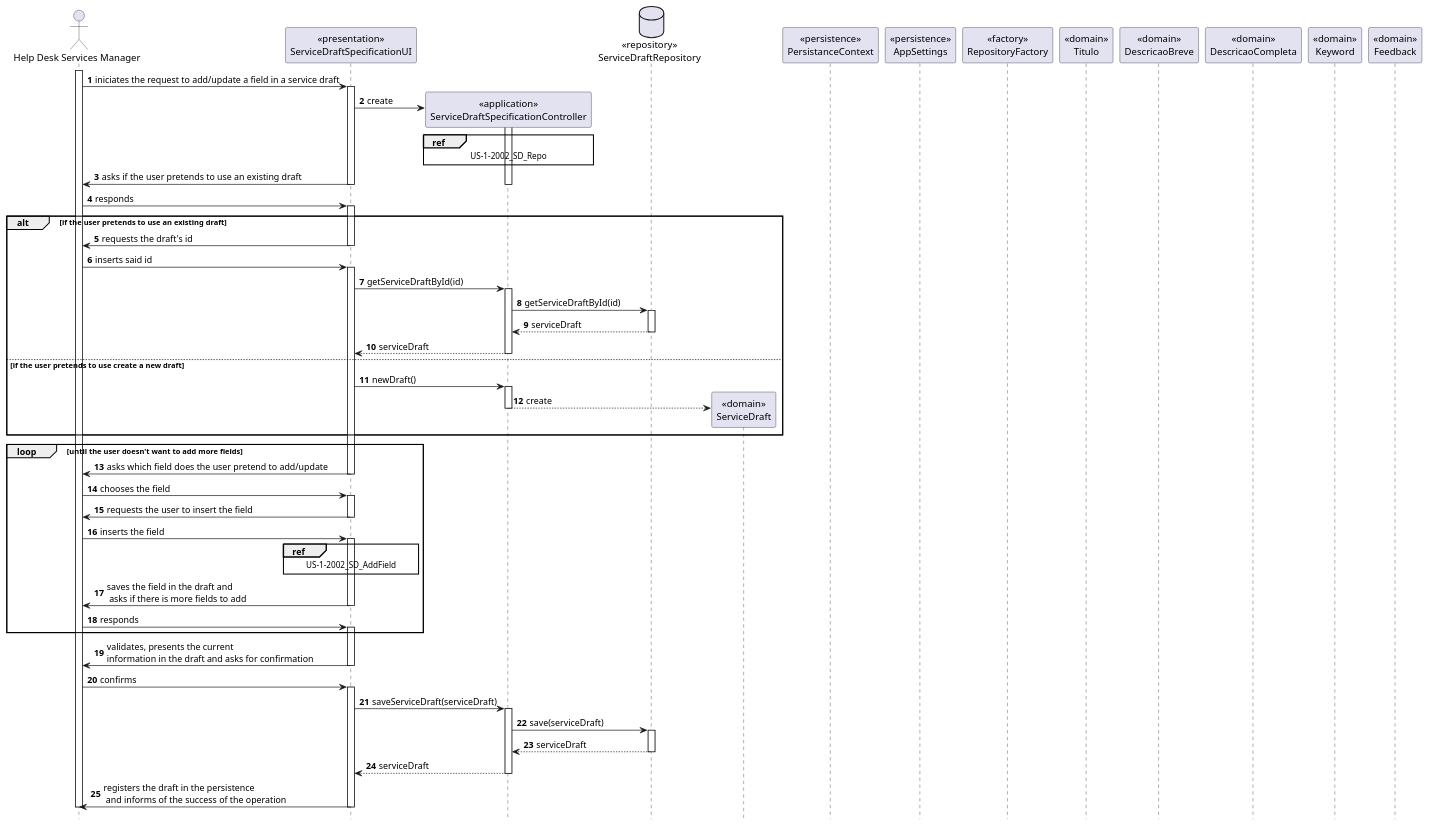
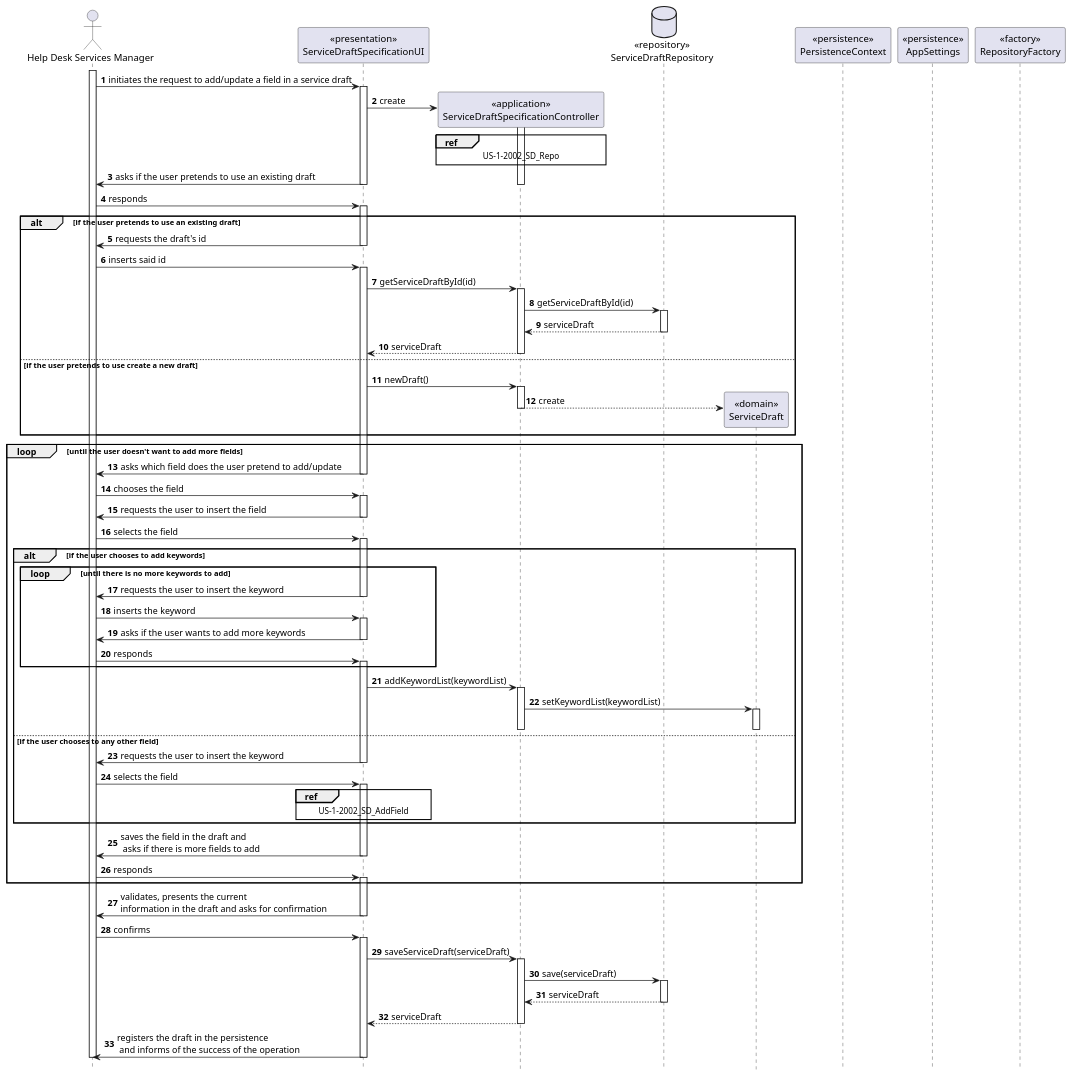
One commit to tiagoavcosta25/LAPR4 changed the diagram in doc/engenharia/SprintB/1190967/US-1-2002_EspecificarServico/DraftFieldSpecification/US-1-2002_SD.puml. Above: the diagram before and after it, drawn with PlantUML. The commit also changed 6 other files, not shown here.

Commit message:
LAPR4-67 #design #fixing Service Draft Specification Field - Class Diagram

```diff
--- a/doc/engenharia/SprintB/1190967/US-1-2002_EspecificarServico/DraftFieldSpecification/US-1-2002_SD.puml
+++ b/doc/engenharia/SprintB/1190967/US-1-2002_EspecificarServico/DraftFieldSpecification/US-1-2002_SD.puml
@@ -1,112 +1,139 @@
 @startuml
 autonumber
 hide footbox
 
 actor "Help Desk Services Manager" as HSM
 
 participant "<<presentation>>\nServiceDraftSpecificationUI" as UI
 participant "<<application>>\nServiceDraftSpecificationController" as CTRL
 database "<<repository>>\nServiceDraftRepository" as SR
 participant "<<domain>>\nServiceDraft" as S
-participant "<<persistence>>\nPersistanceContext" as PC
+participant "<<persistence>>\nPersistenceContext" as PC
 participant "<<persistence>>\nAppSettings" as AS
 participant "<<factory>>\nRepositoryFactory" as RF
-participant "<<domain>>\nTitulo" as T
-participant "<<domain>>\nDescricaoBreve" as DB
-participant "<<domain>>\nDescricaoCompleta" as DC
-participant "<<domain>>\nKeyword" as KW
-participant "<<domain>>\nFeedback" as FB
 
 activate HSM
 
-HSM -> UI : iniciates the request to add/update a field in a service draft
+HSM -> UI : initiates the request to add/update a field in a service draft
 activate UI
 
 UI -> CTRL** : create
 activate CTRL
 
 ref over CTRL
   US-1-2002_SD_Repo
 end ref
 
 UI -> HSM : asks if the user pretends to use an existing draft
 deactivate CTRL
 deactivate UI
 
 HSM -> UI : responds
 activate UI
 
 alt if the user pretends to use an existing draft
 UI -> HSM : requests the draft's id
 deactivate UI
 
 HSM -> UI : inserts said id
 activate UI
 
 UI -> CTRL : getServiceDraftById(id)
 activate CTRL
 
 CTRL -> SR : getServiceDraftById(id)
 activate SR
 SR --> CTRL : serviceDraft
 deactivate SR
 
 CTRL --> UI : serviceDraft
 deactivate CTRL
 
 else if the user pretends to use create a new draft
 
 UI -> CTRL : newDraft()
 activate CTRL
 
 CTRL --> S** : create
 deactivate CTRL
 end
 
 loop until the user doesn't want to add more fields
 UI -> HSM : asks which field does the user pretend to add/update
 deactivate UI
 
 HSM -> UI : chooses the field
 activate UI
 
 UI -> HSM : requests the user to insert the field
 deactivate UI
 
-HSM -> UI : inserts the field
+HSM -> UI : selects the field
+activate UI
+
+alt if the user chooses to add keywords
+loop until there is no more keywords to add
+UI -> HSM : requests the user to insert the keyword
+deactivate UI
+
+HSM -> UI : inserts the keyword
+activate UI
+
+UI -> HSM : asks if the user wants to add more keywords
+deactivate UI
+
+HSM -> UI : responds
+activate UI
+end
+
+UI -> CTRL : addKeywordList(keywordList)
+activate CTRL
+
+CTRL -> S : setKeywordList(keywordList)
+activate S
+deactivate S
+deactivate CTRL
+
+else if the user chooses to any other field
+
+UI -> HSM : requests the user to insert the keyword
+deactivate UI
+
+HSM -> UI : selects the field
 activate UI
 
 ref over UI
     US-1-2002_SD_AddField
 end ref
+end
 
 UI -> HSM : saves the field in the draft and\n asks if there is more fields to add
 deactivate UI
 
 HSM -> UI : responds
 activate UI
 end
 
 UI -> HSM : validates, presents the current \ninformation in the draft and asks for confirmation
 deactivate UI
 
 HSM -> UI : confirms
 activate UI
 
 UI -> CTRL : saveServiceDraft(serviceDraft)
 activate CTRL
 
 CTRL -> SR : save(serviceDraft)
 activate SR
 SR --> CTRL : serviceDraft
 deactivate SR
 
 
 CTRL --> UI : serviceDraft
 deactivate CTRL
 
 UI -> HSM : registers the draft in the persistence\n and informs of the success of the operation
 deactivate UI
 deactivate HSM
 
 @enduml
```
